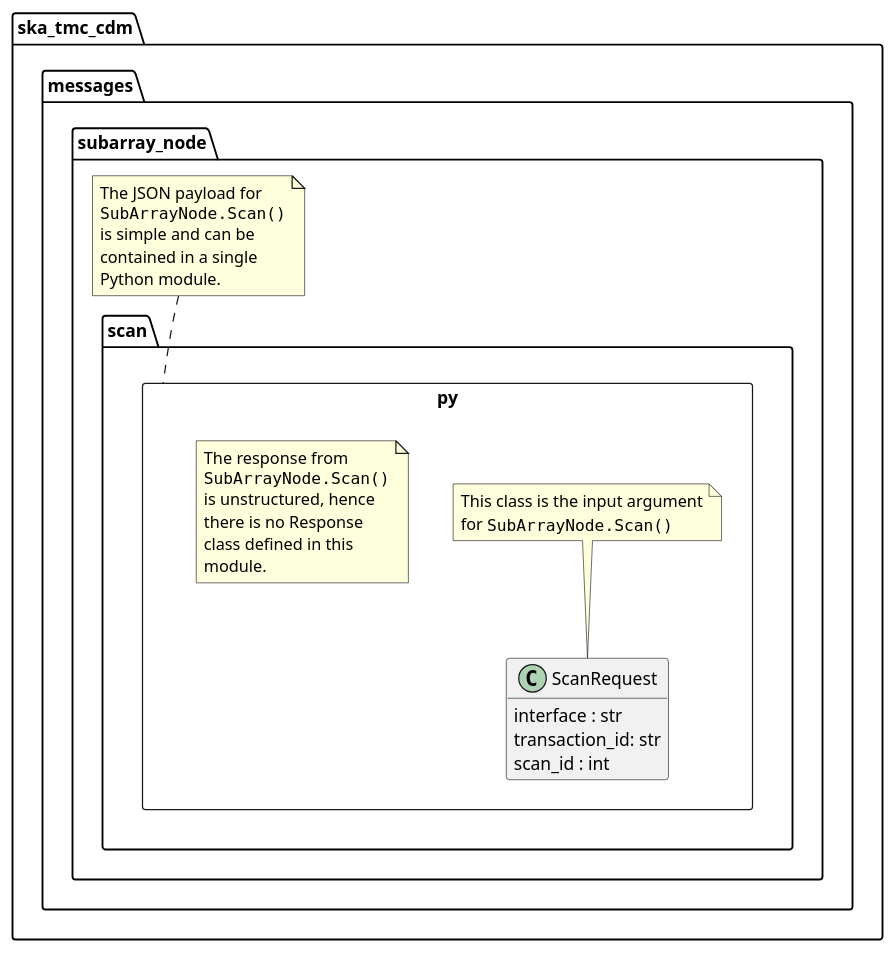
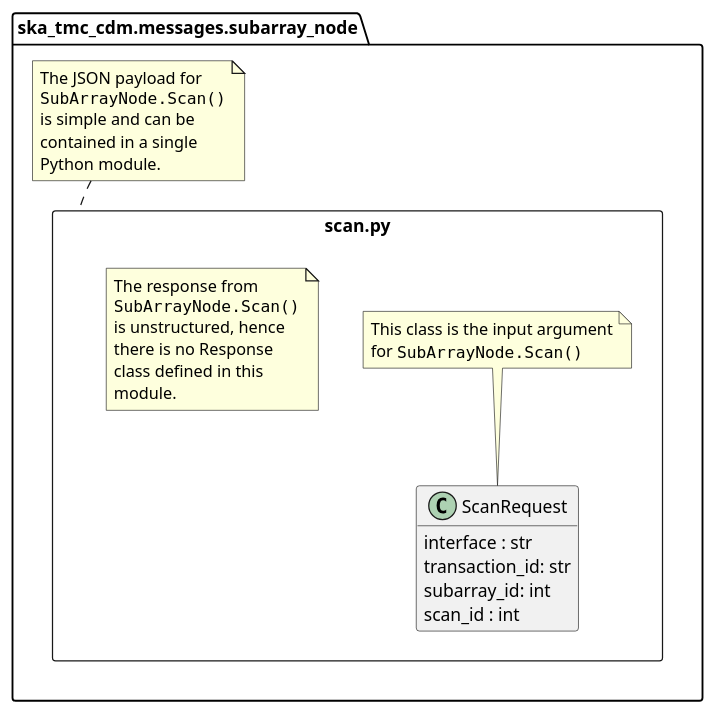
Before and after one commit to ska-telescope/cdm-shared-library: the diagram in docs/src/developer/subarraynode/scan.puml, drawn with PlantUML. The commit also changed 9 other files, not shown here.

Commit message:
NAK-657 Updated document as per latest schema

```diff
--- a/docs/src/developer/subarraynode/scan.puml
+++ b/docs/src/developer/subarraynode/scan.puml
@@ -1,35 +1,37 @@
 @startuml
 hide empty members
 
+set separator none 
 package ska_tmc_cdm.messages.subarray_node {
 	package scan.py <<Rectangle>> {
 		class ScanRequest {
 			interface : str
 			transaction_id: str
+			subarray_id: int
             scan_id : int
 	  	}
 		note top of ScanRequest
 			This class is the input argument
 			for ""SubArrayNode.Scan()""
 		end note
 
 		note as N1
 			The response from
 			""SubArrayNode.Scan()""
 			is unstructured, hence
 			there is no Response
 			class defined in this
 			module.
 		end note
 
 	}
 	note top of scan.py
 		The JSON payload for
 		""SubArrayNode.Scan()""
 		is simple and can be
 		contained in a single
 		Python module.
 	end note
 }
 
 @enduml
```
